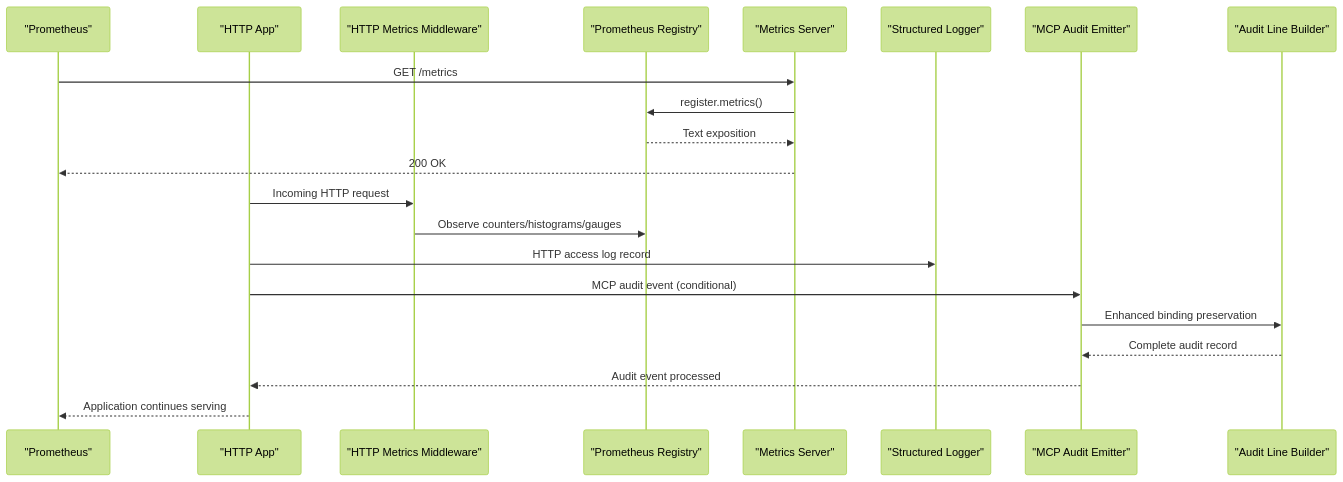
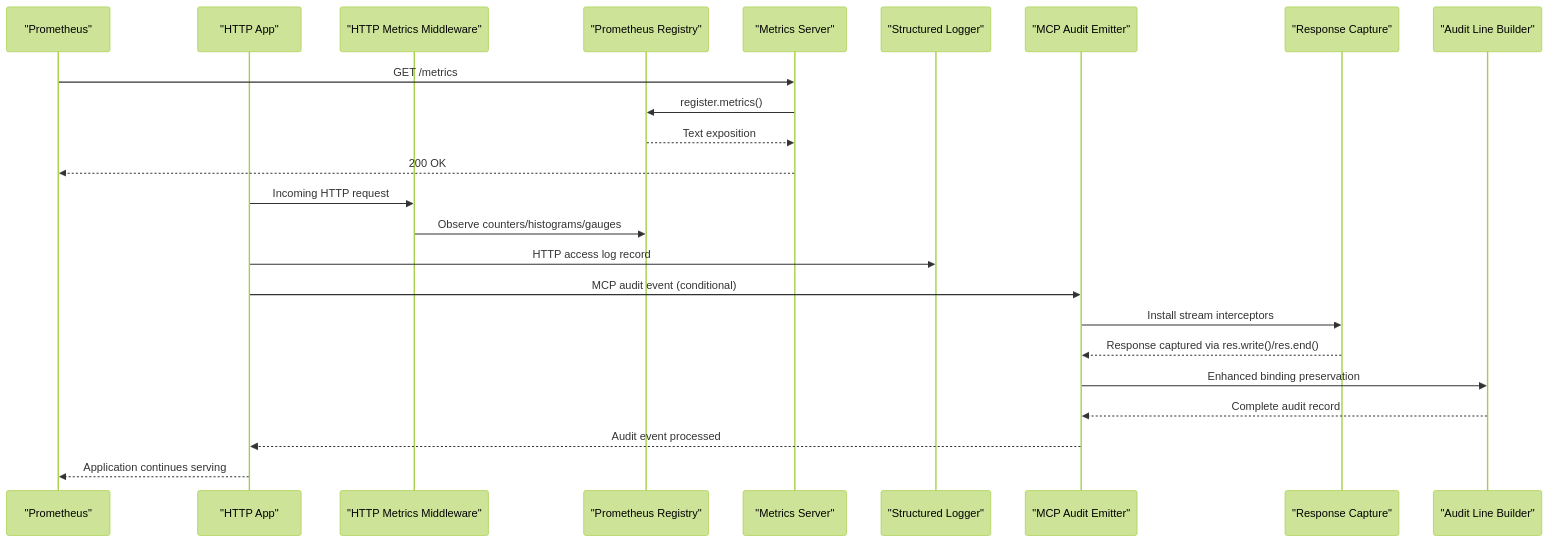
The second of 7 diagrams in .qoder/repowiki/en/content/Monitoring & Observability.md (debian777/kairos-mcp), drawn with Mermaid (forest theme) before and after one commit. The commit also changed other lines of this file and 5 other files, not shown here.

First line of the commit message:
fix(audit): capture response at transport.send() level

````diff
--- a/.qoder/repowiki/en/content/Monitoring & Observability.md
+++ b/.qoder/repowiki/en/content/Monitoring & Observability.md
@@ -167,23 +173,26 @@
 ```mermaid
 sequenceDiagram
 participant Prom as "Prometheus"
 participant App as "HTTP App"
 participant MW as "HTTP Metrics Middleware"
 participant Reg as "Prometheus Registry"
 participant Met as "Metrics Server"
 participant Log as "Structured Logger"
 participant Audit as "MCP Audit Emitter"
+participant Resp as "Response Capture"
 participant Builder as "Audit Line Builder"
 Prom->>Met : GET /metrics
 Met->>Reg : register.metrics()
 Reg-->>Met : Text exposition
 Met-->>Prom : 200 OK
 App->>MW : Incoming HTTP request
 MW->>Reg : Observe counters/histograms/gauges
 App->>Log : HTTP access log record
 App->>Audit : MCP audit event (conditional)
+Audit->>Resp : Install stream interceptors
+Resp-->>Audit : Response captured via res.write()/res.end()
 Audit->>Builder : Enhanced binding preservation
 Builder-->>Audit : Complete audit record
 Audit-->>App : Audit event processed
 App-->>Prom : Application continues serving
 ```
````
